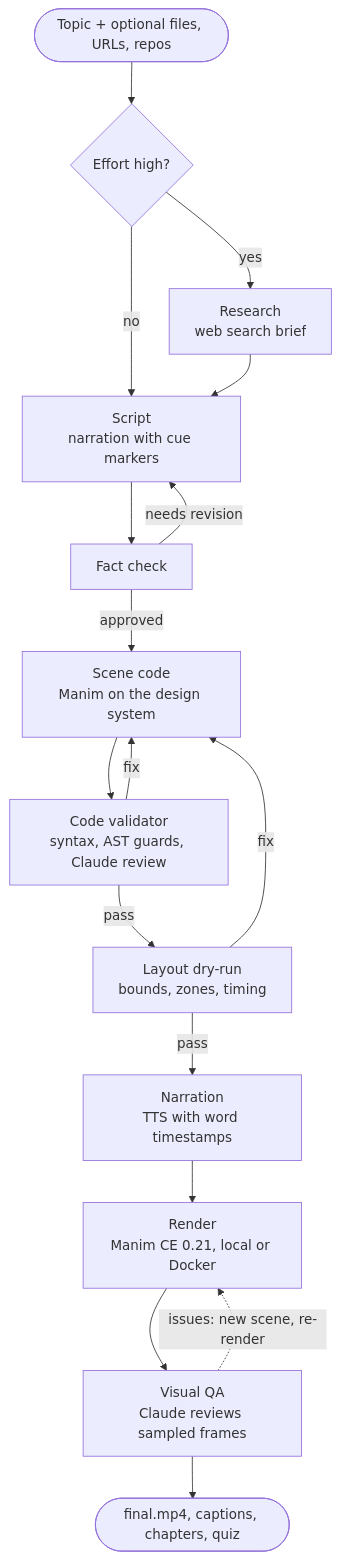
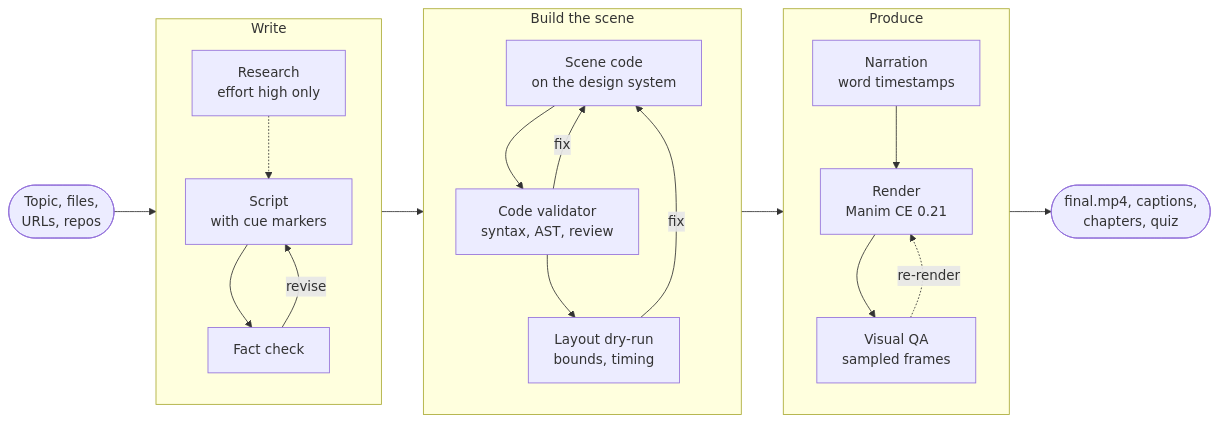
The diagram in README.md (nicglazkov/Chalkboard), drawn with Mermaid before and after one commit. The commit also changed other lines of this file, not shown here.

Commit message:
README: feature grid as a table of cells, compact left-to-right pipeline diagram
Claude-Session: https://claude.ai/code/session_01FAgx5rRQRh4q9pWAVaqH8H

````diff
--- a/README.md
+++ b/README.md
@@ -74,19 +82,26 @@
 ```mermaid
-flowchart TD
-    A([Topic + optional files, URLs, repos]) --> B{Effort high?}
-    B -- yes --> C[Research<br/>web search brief]
-    B -- no --> D
-    C --> D[Script<br/>narration with cue markers]
-    D --> E[Fact check]
-    E -- needs revision --> D
-    E -- approved --> F[Scene code<br/>Manim on the design system]
-    F --> G[Code validator<br/>syntax, AST guards, Claude review]
-    G -- fix --> F
-    G -- pass --> H[Layout dry-run<br/>bounds, zones, timing]
-    H -- fix --> F
-    H -- pass --> I[Narration<br/>TTS with word timestamps]
-    I --> J[Render<br/>Manim CE 0.21, local or Docker]
-    J --> K[Visual QA<br/>Claude reviews sampled frames]
-    K -. issues: new scene, re-render .-> J
-    K --> L([final.mp4, captions, chapters, quiz])
+flowchart LR
+    IN([Topic, files,<br/>URLs, repos]) --> WRITE
+    subgraph WRITE [Write]
+        direction TB
+        R[Research<br/>effort high only] -.-> S[Script<br/>with cue markers]
+        S --> F[Fact check]
+        F -- revise --> S
+    end
+    WRITE --> BUILD
+    subgraph BUILD [Build the scene]
+        direction TB
+        M[Scene code<br/>on the design system] --> V[Code validator<br/>syntax, AST, review]
+        V --> L[Layout dry-run<br/>bounds, timing]
+        V -- fix --> M
+        L -- fix --> M
+    end
+    BUILD --> MAKE
+    subgraph MAKE [Produce]
+        direction TB
+        T[Narration<br/>word timestamps] --> RN[Render<br/>Manim CE 0.21]
+        RN --> Q[Visual QA<br/>sampled frames]
+        Q -. re-render .-> RN
+    end
+    MAKE --> OUT([final.mp4, captions,<br/>chapters, quiz])
 ```
````
